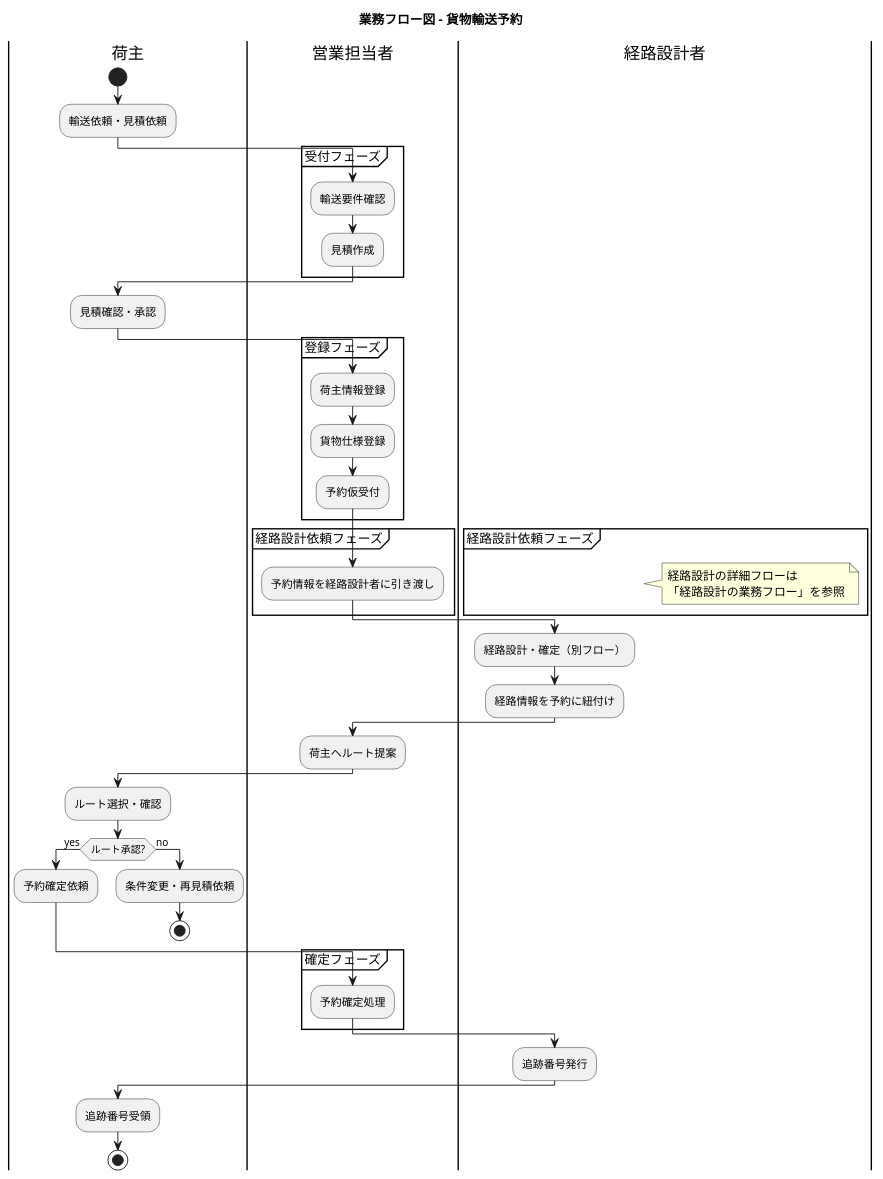
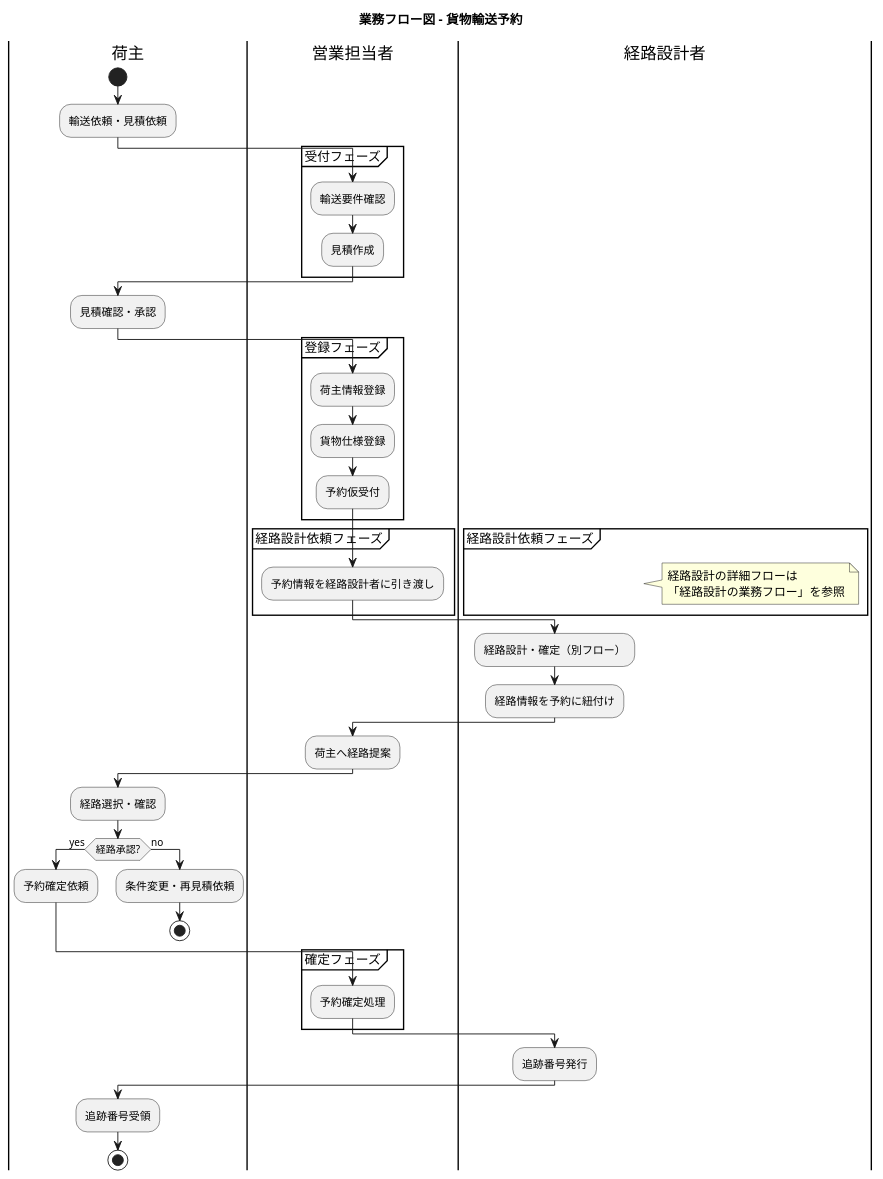
One commit to k2works/case-study-cargo-tracker changed the eighth of 21 diagrams in docs/requirements/requirements_definition.md. Above: the diagram before and after it, drawn with PlantUML. The commit also changed other lines of this file and 2 other files, not shown here.

````diff
--- a/docs/requirements/requirements_definition.md
+++ b/docs/requirements/requirements_definition.md
@@ -434,64 +434,64 @@
 ```plantuml
 @startuml
 
 title 業務フロー図 - 貨物輸送予約
 
 |荷主|
 start
 :輸送依頼・見積依頼;
 
 |営業担当者|
 partition 受付フェーズ {
   :輸送要件確認;
   :見積作成;
 }
 
 |荷主|
 :見積確認・承認;
 
 |営業担当者|
 partition 登録フェーズ {
   :荷主情報登録;
   :貨物仕様登録;
   :予約仮受付;
 }
 
 |営業担当者|
 partition 経路設計依頼フェーズ {
   :予約情報を経路設計者に引き渡し;
 }
 
 |経路設計者|
 note right
   経路設計の詳細フローは
   「経路設計の業務フロー」を参照
 end note
 :経路設計・確定（別フロー）;
 :経路情報を予約に紐付け;
 
 |営業担当者|
-:荷主へルート提案;
+:荷主へ経路提案;
 
 |荷主|
-:ルート選択・確認;
-if (ルート承認?) then (yes)
+:経路選択・確認;
+if (経路承認?) then (yes)
   :予約確定依頼;
 else (no)
   :条件変更・再見積依頼;
   stop
 endif
 
 |営業担当者|
 partition 確定フェーズ {
   :予約確定処理;
 }
 
 |経路設計者|
 :追跡番号発行;
 
 |荷主|
 :追跡番号受領;
 stop
 
 @enduml
 ```
````
